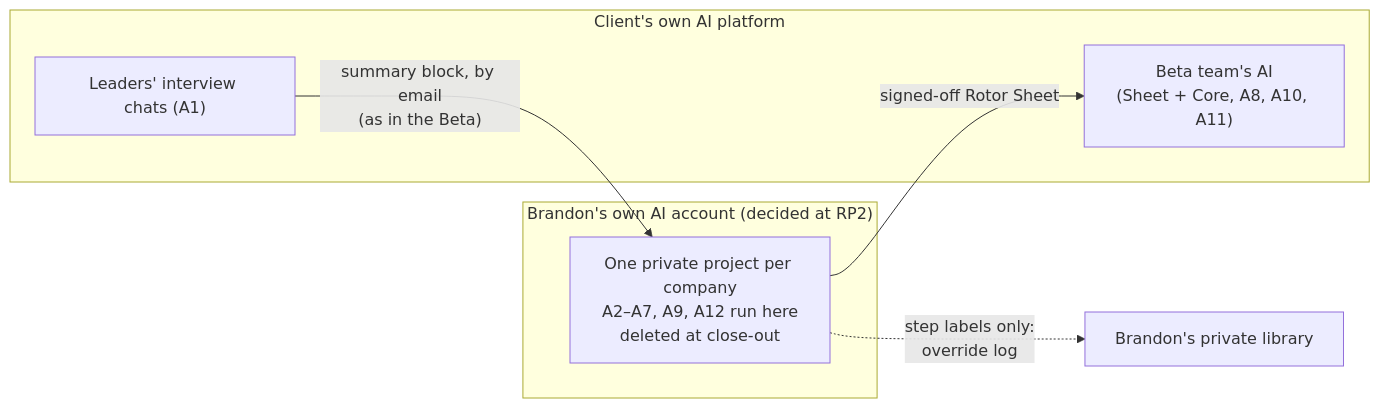
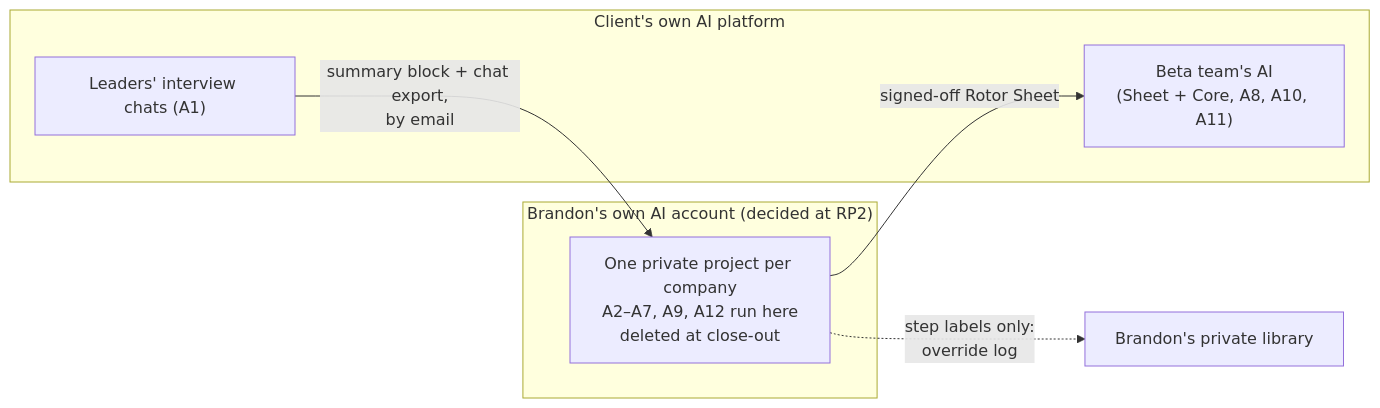
One commit to FranklinKinetics/Labs-Agents changed the third of 3 diagrams in rotor/product/rp2-spec.md. Above: the diagram before and after it, drawn with Mermaid. The commit also changed other lines of this file and 6 other files, not shown here.

First line of the commit message:
rotor-product: RP5 — apply Vera's clearance fixes; leaders send summary + chat export so transcript reading (T4) is consistent

````diff
--- a/rotor/product/rp2-spec.md
+++ b/rotor/product/rp2-spec.md
@@ -253,13 +253,13 @@
 ```mermaid
 flowchart LR
   subgraph CLIENT["Client's own AI platform"]
     L["Leaders' interview chats (A1)"]
     T["Beta team's AI<br/>(Sheet + Core, A8, A10, A11)"]
   end
   subgraph BR["Brandon's own AI account (decided at RP2)"]
     W["One private project per company<br/>A2–A7, A9, A12 run here<br/>deleted at close-out"]
   end
-  L -->|"summary block, by email<br/>(as in the Beta)"| W
+  L -->|"summary block + chat export,<br/>by email"| W
   W -->|"signed-off Rotor Sheet"| T
   W -.->|"step labels only:<br/>override log"| LIB["Brandon's private library"]
 ```
````
